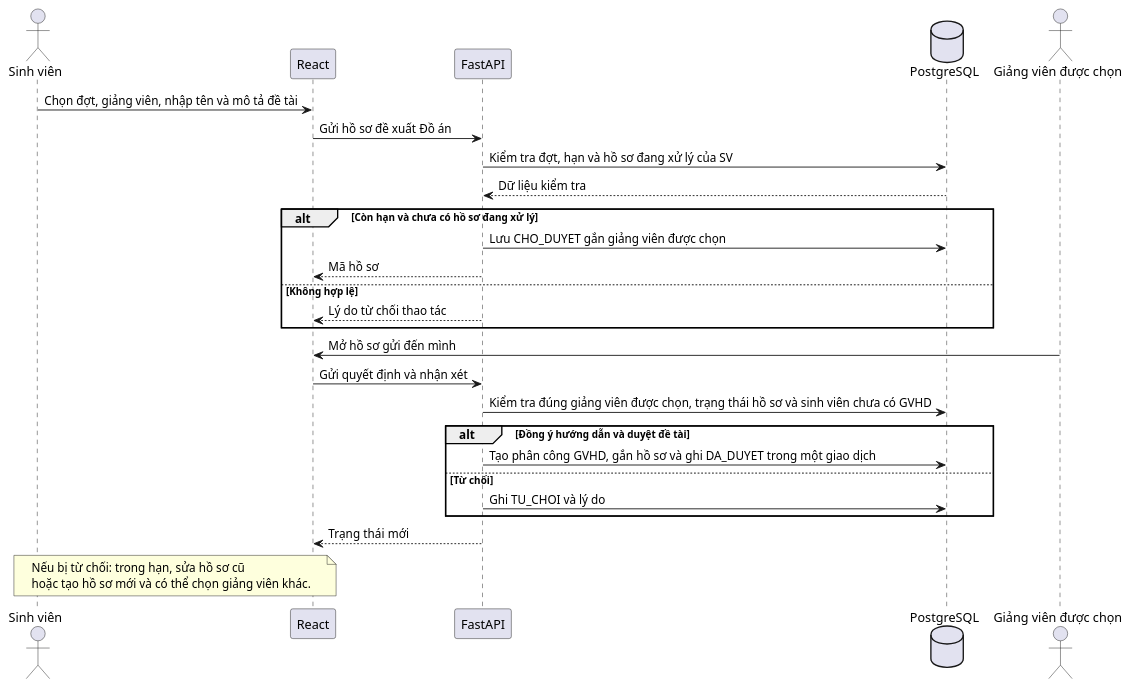
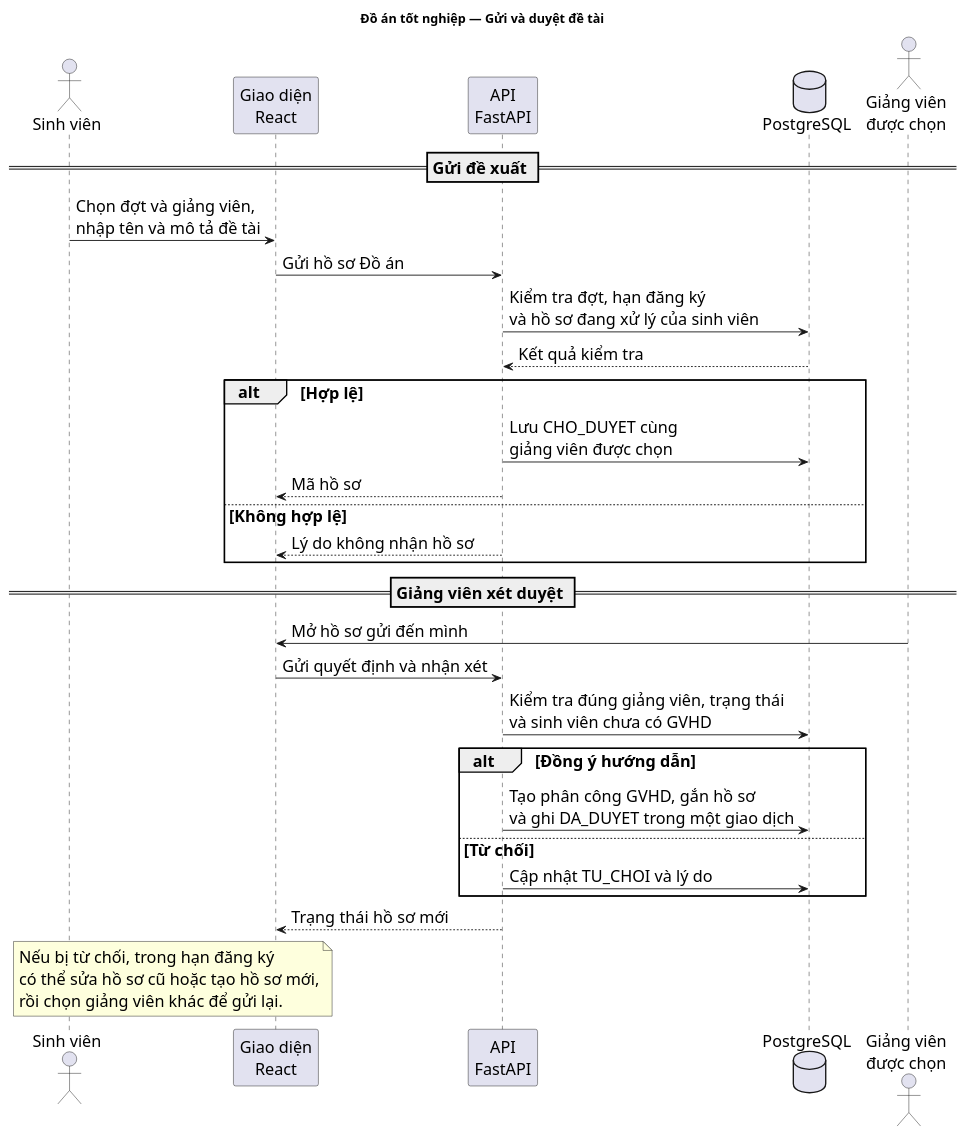
Before and after one commit to lam-vu6868/HTQL_TieuLuan_DoAN: the fourth of 6 diagrams in Docs/02-so-do-uml.md, drawn with PlantUML. The commit also changed other lines of this file and 45 other files, not shown here.

````diff
--- a/Docs/02-so-do-uml.md
+++ b/Docs/02-so-do-uml.md
@@ -150,29 +155,39 @@
 ```plantuml
 @startuml
+title Đồ án tốt nghiệp — Gửi và duyệt đề tài
+skinparam defaultFontSize 18
 actor "Sinh viên" as SV
-participant "React" as FE
-participant "FastAPI" as API
+participant "Giao diện\nReact" as FE
+participant "API\nFastAPI" as API
 database "PostgreSQL" as DB
-actor "Giảng viên được chọn" as GV
-SV -> FE: Chọn đợt, giảng viên, nhập tên và mô tả đề tài
-FE -> API: Gửi hồ sơ đề xuất Đồ án
-API -> DB: Kiểm tra đợt, hạn và hồ sơ đang xử lý của SV
-DB --> API: Dữ liệu kiểm tra
-alt Còn hạn và chưa có hồ sơ đang xử lý
-  API -> DB: Lưu CHO_DUYET gắn giảng viên được chọn
+actor "Giảng viên\nđược chọn" as GV
+
+== Gửi đề xuất ==
+SV -> FE: Chọn đợt và giảng viên,\nnhập tên và mô tả đề tài
+FE -> API: Gửi hồ sơ Đồ án
+API -> DB: Kiểm tra đợt, hạn đăng ký\nvà hồ sơ đang xử lý của sinh viên
+DB --> API: Kết quả kiểm tra
+alt Hợp lệ
+  API -> DB: Lưu CHO_DUYET cùng\ngiảng viên được chọn
   API --> FE: Mã hồ sơ
 else Không hợp lệ
-  API --> FE: Lý do từ chối thao tác
+  API --> FE: Lý do không nhận hồ sơ
 end
+
+== Giảng viên xét duyệt ==
 GV -> FE: Mở hồ sơ gửi đến mình
 FE -> API: Gửi quyết định và nhận xét
-API -> DB: Kiểm tra đúng giảng viên được chọn, trạng thái hồ sơ và sinh viên chưa có GVHD
-alt Đồng ý hướng dẫn và duyệt đề tài
-  API -> DB: Tạo phân công GVHD, gắn hồ sơ và ghi DA_DUYET trong một giao dịch
+API -> DB: Kiểm tra đúng giảng viên, trạng thái\nvà sinh viên chưa có GVHD
+alt Đồng ý hướng dẫn
+  API -> DB: Tạo phân công GVHD, gắn hồ sơ\nvà ghi DA_DUYET trong một giao dịch
 else Từ chối
-  API -> DB: Ghi TU_CHOI và lý do
+  API -> DB: Cập nhật TU_CHOI và lý do
 end
-API --> FE: Trạng thái mới
-note over SV,FE: Nếu bị từ chối: trong hạn, sửa hồ sơ cũ\nhoặc tạo hồ sơ mới và có thể chọn giảng viên khác.
+API --> FE: Trạng thái hồ sơ mới
+note over SV,FE
+  Nếu bị từ chối, trong hạn đăng ký
+  có thể sửa hồ sơ cũ hoặc tạo hồ sơ mới,
+  rồi chọn giảng viên khác để gửi lại.
+end note
 @enduml
 ```
````
